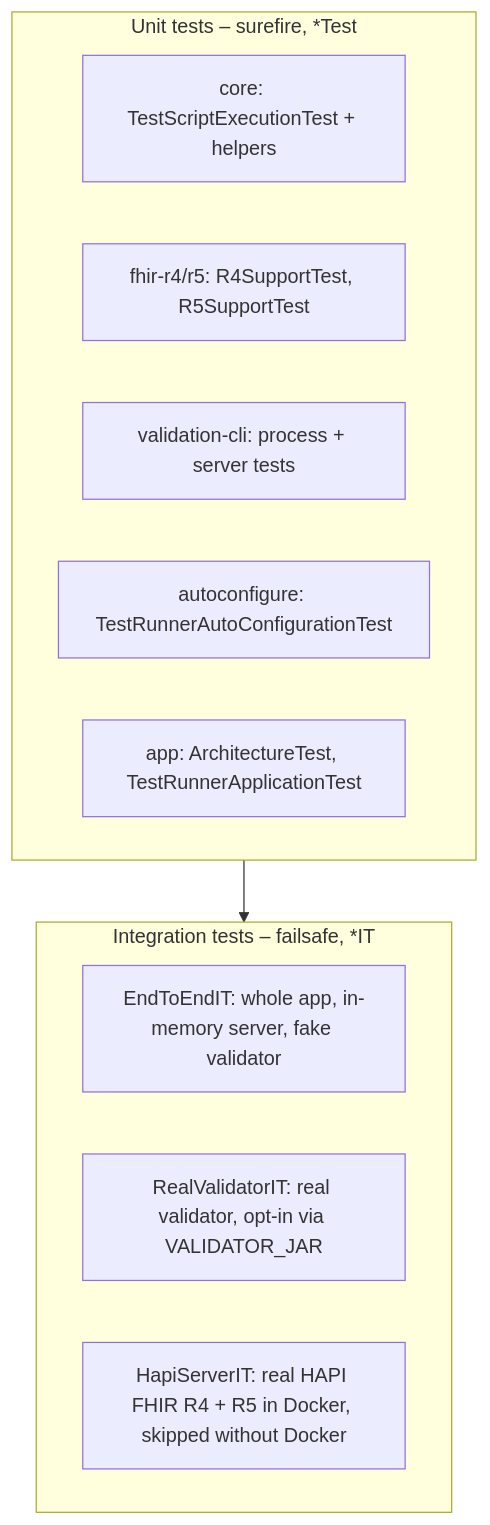
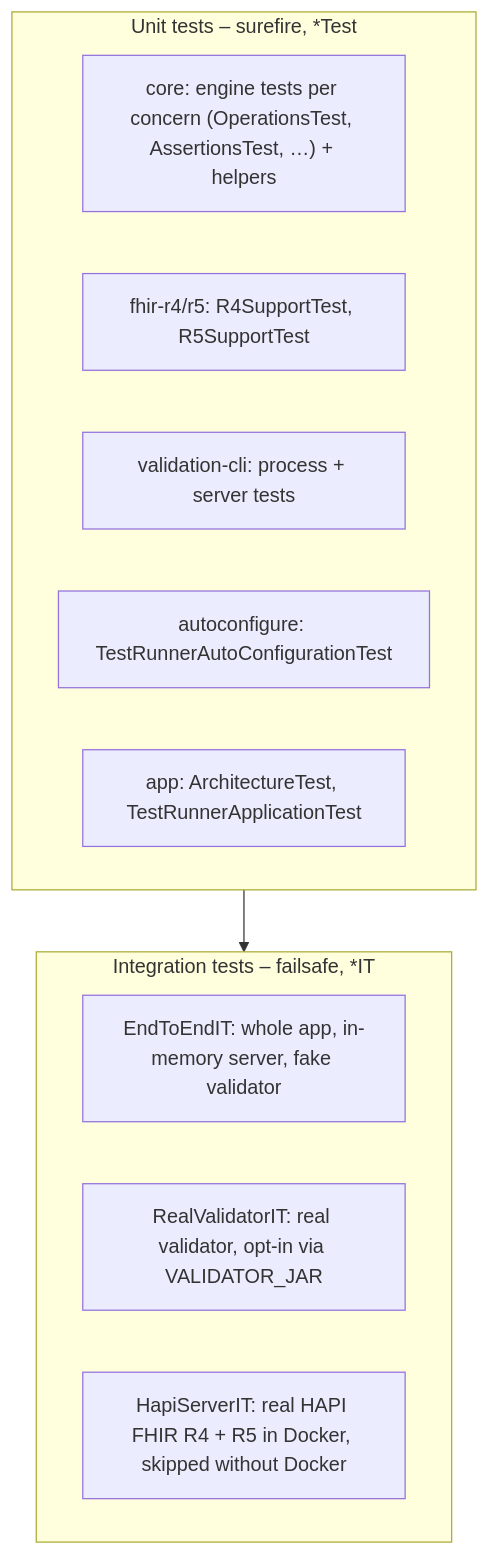
One commit to mratzenb/FHIR-TestRunner changed the diagram in docs/wiki/build-and-test.md. Above: the diagram before and after it, drawn with Mermaid. The commit also changed other lines of this file and 23 other files, not shown here.

First line of the commit message:
Split the engine tests into one class per concern

````diff
--- a/docs/wiki/build-and-test.md
+++ b/docs/wiki/build-and-test.md
@@ -46,16 +46,16 @@
 ```mermaid
 flowchart TB
     subgraph unit["Unit tests – surefire, *Test"]
-        u1["core: TestScriptExecutionTest + helpers"]
+        u1["core: engine tests per concern (OperationsTest, AssertionsTest, …) + helpers"]
         u2["fhir-r4/r5: R4SupportTest, R5SupportTest"]
         u3["validation-cli: process + server tests"]
         u4["autoconfigure: TestRunnerAutoConfigurationTest"]
         u5["app: ArchitectureTest, TestRunnerApplicationTest"]
     end
     subgraph it["Integration tests – failsafe, *IT"]
         i1["EndToEndIT: whole app, in-memory server, fake validator"]
         i2["RealValidatorIT: real validator, opt-in via VALIDATOR_JAR"]
         i3["HapiServerIT: real HAPI FHIR R4 + R5 in Docker, skipped without Docker"]
     end
     unit --> it
 ```
````
